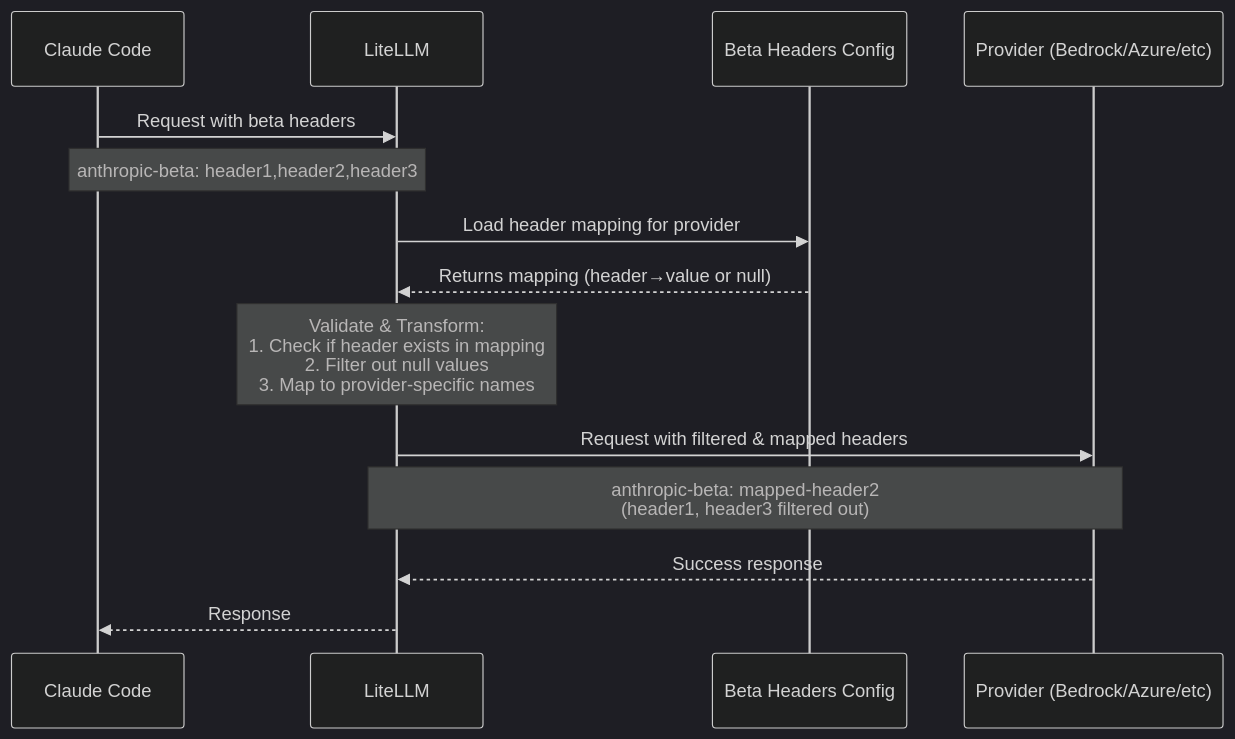
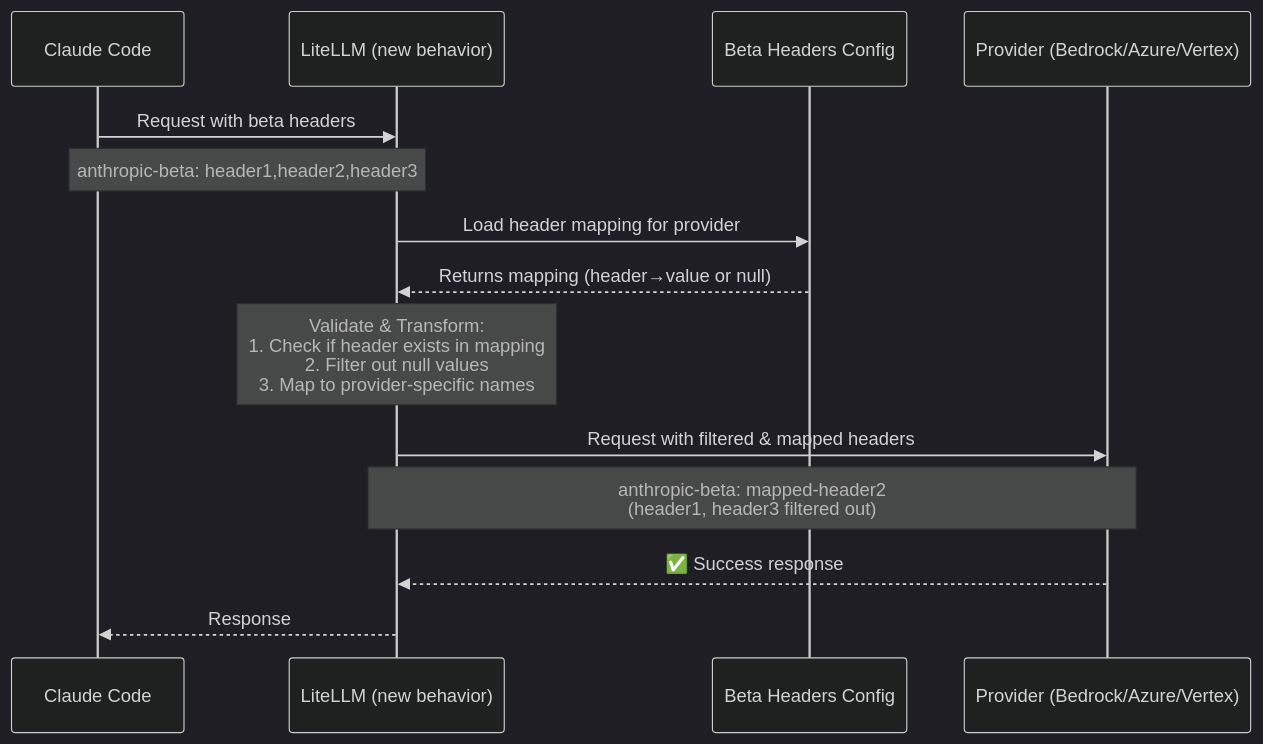
One commit to BerriAI/litellm changed the second of 2 diagrams in docs/my-website/blog/claude_code_beta_headers/index.md. Above: the diagram before and after it, drawn with Mermaid (dark theme). The commit also changed other lines of this file, not shown here.

````diff
--- a/docs/my-website/blog/claude_code_beta_headers/index.md
+++ b/docs/my-website/blog/claude_code_beta_headers/index.md
@@ -210,21 +92,21 @@
 ```mermaid
 sequenceDiagram
     participant CC as Claude Code
-    participant LP as LiteLLM
+    participant LP as LiteLLM (new behavior)
     participant Config as Beta Headers Config
-    participant Provider as Provider (Bedrock/Azure/etc)
+    participant Provider as Provider (Bedrock/Azure/Vertex)
 
     CC->>LP: Request with beta headers
     Note over CC,LP: anthropic-beta: header1,header2,header3
-    
+
     LP->>Config: Load header mapping for provider
     Config-->>LP: Returns mapping (header→value or null)
-    
+
     Note over LP: Validate & Transform:<br/>1. Check if header exists in mapping<br/>2. Filter out null values<br/>3. Map to provider-specific names
-    
+
     LP->>Provider: Request with filtered & mapped headers
     Note over LP,Provider: anthropic-beta: mapped-header2<br/>(header1, header3 filtered out)
-    
-    Provider-->>LP: Success response
+
+    Provider-->>LP: ✅ Success response
     LP-->>CC: Response
 ```
````
